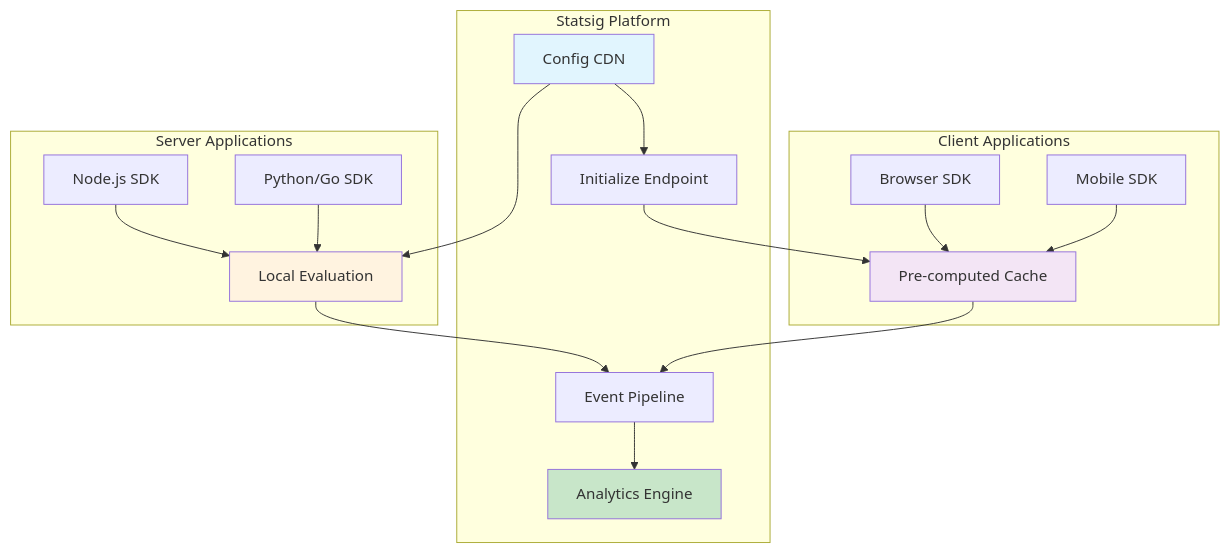
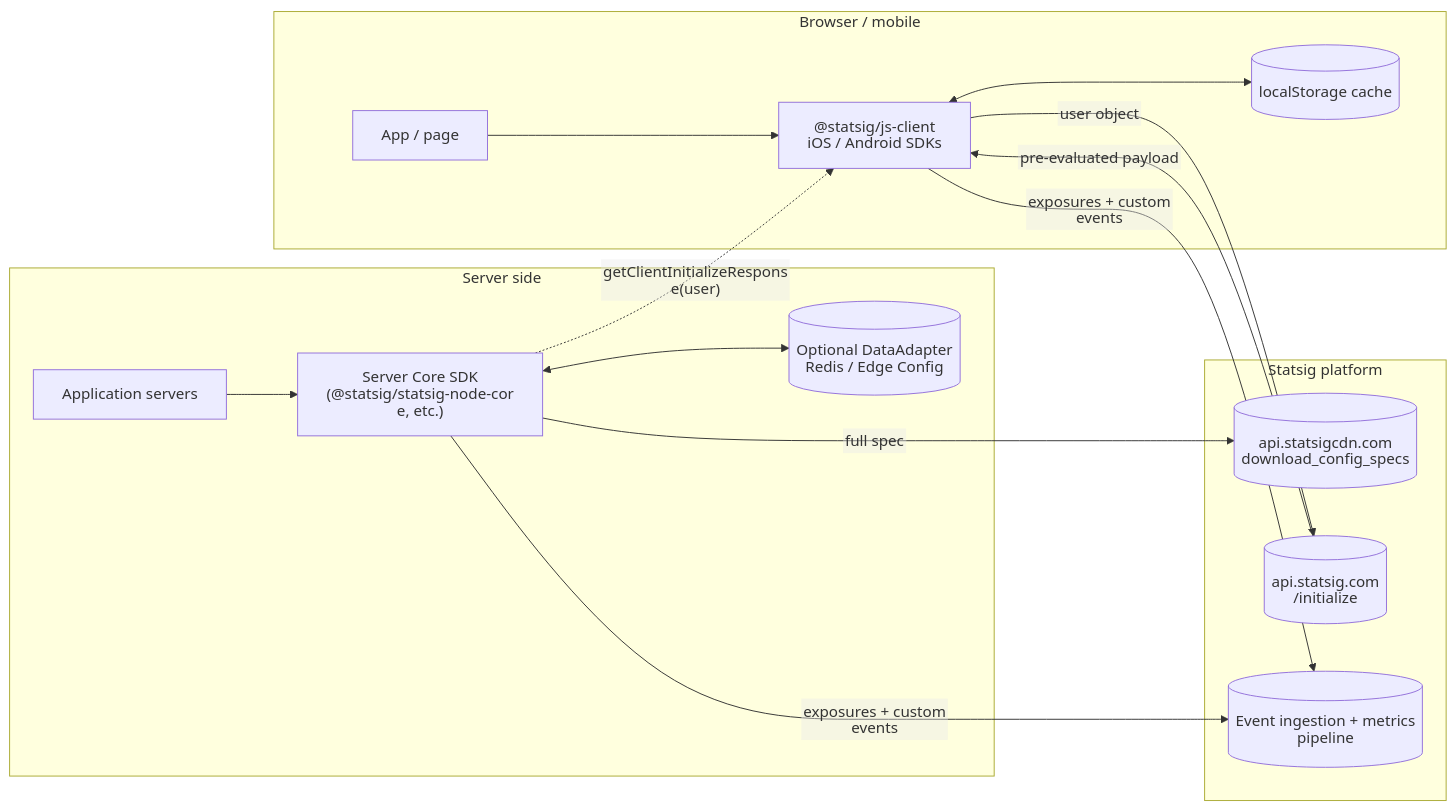
The diagram in content/articles/statsig-experimentation-overview/diagrams/statsig-architecture-overview-server-sdks-perform-local-evaluation-from-cdn-deli.mermaid (sujeet-pro/sujeet.pro), drawn with Mermaid before and after one commit. The commit also changed 4067 other files, not shown here.

```diff
--- a/content/articles/statsig-experimentation-overview/diagrams/statsig-architecture-overview-server-sdks-perform-local-evaluation-from-cdn-deli.mermaid
+++ b/content/articles/statsig-experimentation-overview/diagrams/statsig-architecture-overview-server-sdks-perform-local-evaluation-from-cdn-deli.mermaid
@@ -1,28 +1,34 @@
-%% Diagram: Statsig Architecture Overview Server Sdks Perform Local Evaluation From Cdn Deli
+%% Diagram: Statsig high-level architecture - server vs client evaluation paths
 %% Type: flowchart
 %%{init: {'htmlLabels': false}}%%
-graph TB
-    subgraph "Client Applications"
-        A[Browser SDK] --> B[Pre-computed Cache]
-        C[Mobile SDK] --> B
+flowchart LR
+    subgraph Server["Server side"]
+        SrvApp[Application servers]
+        SrvSDK["Server Core SDK<br/>(@statsig/statsig-node-core, etc.)"]
+        Adapter[(Optional DataAdapter<br/>Redis / Edge Config)]
     end
 
-    subgraph "Server Applications"
-        D[Node.js SDK] --> E[Local Evaluation]
-        F[Python/Go SDK] --> E
+    subgraph Client["Browser / mobile"]
+        ClientApp[App / page]
+        ClientSDK["@statsig/js-client<br/>iOS / Android SDKs"]
+        Local[(localStorage cache)]
     end
 
-    subgraph "Statsig Platform"
-        G[Config CDN] --> E
-        G --> H[Initialize Endpoint]
-        H --> B
-        I[Event Pipeline] --> J[Analytics Engine]
+    subgraph Statsig["Statsig platform"]
+        CDN[(api.statsigcdn.com<br/>download_config_specs)]
+        Init[(api.statsig.com<br/>/initialize)]
+        Events[(Event ingestion + metrics pipeline)]
     end
 
-    E --> I
-    B --> I
+    SrvApp --> SrvSDK
+    SrvSDK -- "full spec" --> CDN
+    SrvSDK <--> Adapter
+    SrvSDK -- "exposures + custom events" --> Events
 
-    style G fill:#e1f5fe
-    style E fill:#fff3e0
-    style B fill:#f3e5f5
-    style J fill:#c8e6c9
+    ClientApp --> ClientSDK
+    ClientSDK -- "user object" --> Init
+    Init -- "pre-evaluated payload" --> ClientSDK
+    ClientSDK <--> Local
+    ClientSDK -- "exposures + custom events" --> Events
+
+    SrvSDK -. "getClientInitializeResponse(user)" .-> ClientSDK
```
